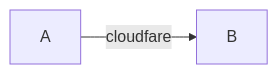
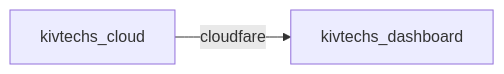
The diagram in README.md (kivtechs-uml/kivtechs-uml), drawn with Mermaid before and after one commit.

````diff
--- a/README.md
+++ b/README.md
@@ -5,4 +5,4 @@
 ```mermaid
 graph LR
-    A -- cloudfare --> B
+    kivtechs_cloud -- cloudfare --> kivtechs_dashboard
 ```
````
